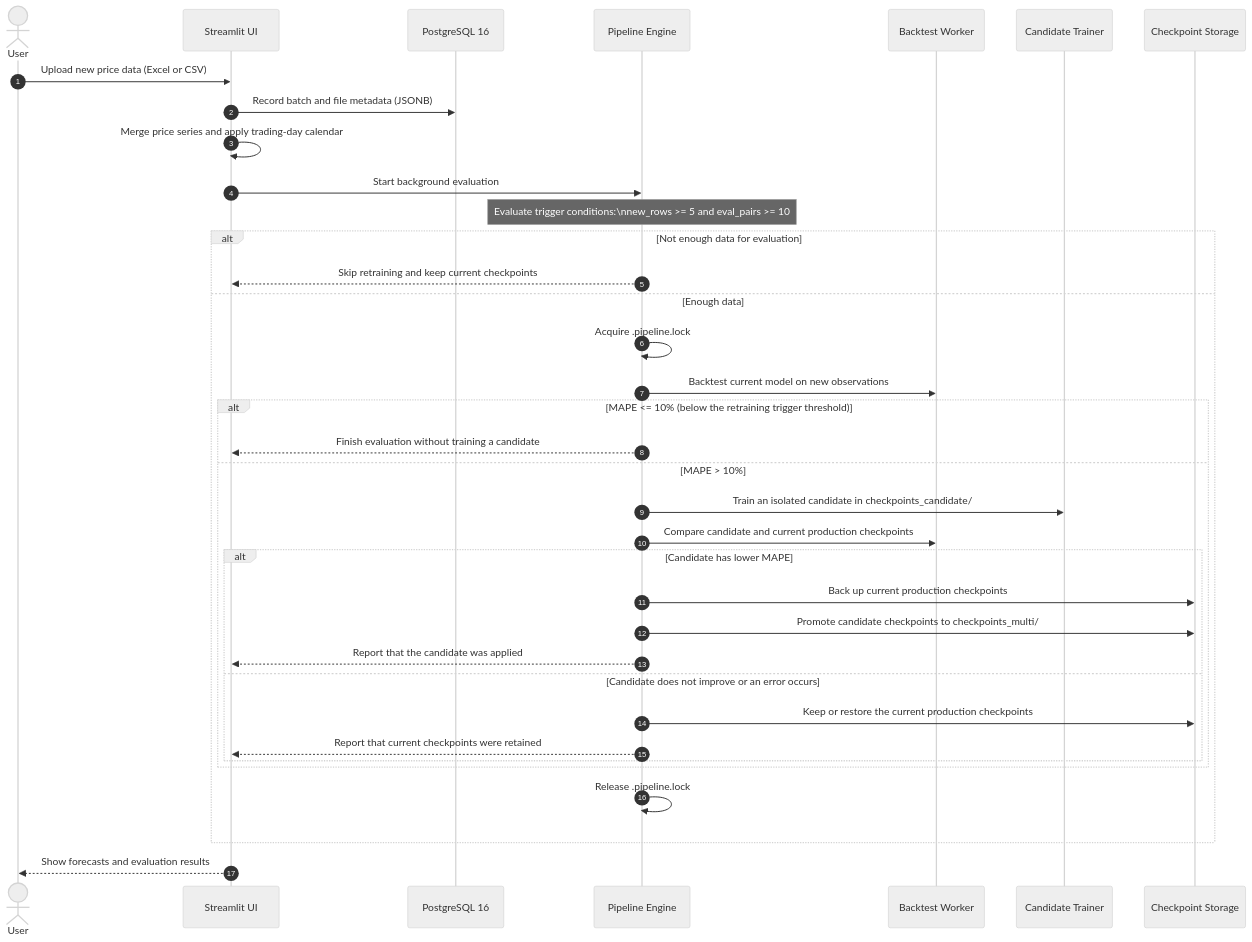
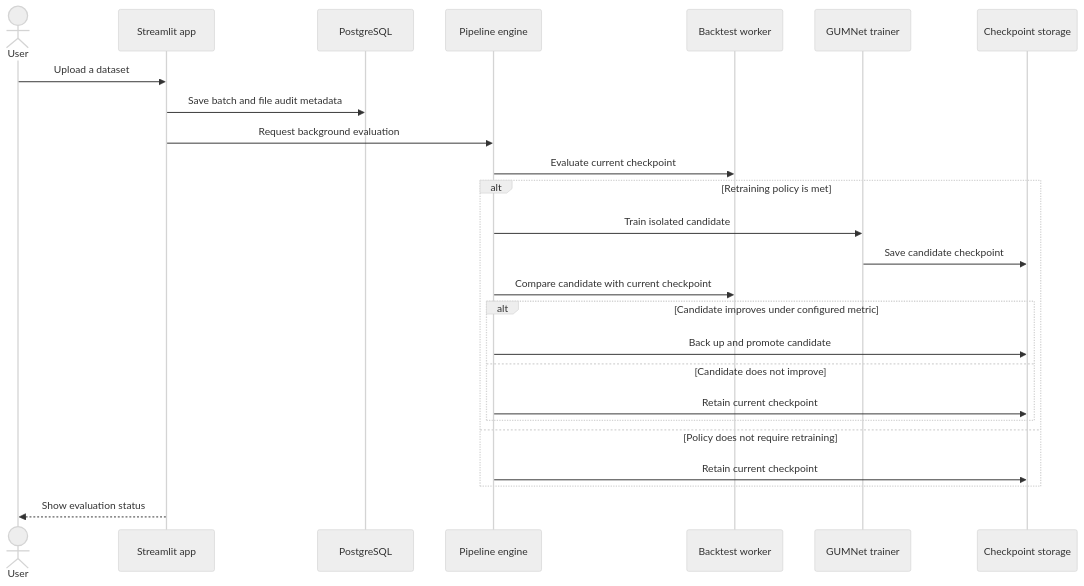
One commit to kennhope13/Hybridtrinet_Oil changed the second of 2 diagrams in README.md. Above: the diagram before and after it, drawn with Mermaid (neutral theme). The commit also changed other lines of this file and 57 other files, not shown here.

````diff
--- a/README.md
+++ b/README.md
@@ -57,40 +106,28 @@
 ```mermaid
 sequenceDiagram
-    autonumber
     actor User
-    participant UI as Streamlit UI
-    participant DB as PostgreSQL 16
-    participant Pipe as Pipeline Engine
-    participant BW as Backtest Worker
-    participant TR as Candidate Trainer
-    participant FS as Checkpoint Storage
+    participant UI as Streamlit app
+    participant DB as PostgreSQL
+    participant Engine as Pipeline engine
+    participant Backtest as Backtest worker
+    participant Train as GUMNet trainer
+    participant Store as Checkpoint storage
 
-    User->>UI: Upload new price data (Excel or CSV)
-    UI->>DB: Record batch and file metadata (JSONB)
-    UI->>UI: Merge price series and apply trading-day calendar
-    UI->>Pipe: Start background evaluation
-    Note over Pipe: Evaluate trigger conditions:\nnew_rows >= 5 and eval_pairs >= 10
-
-    alt Not enough data for evaluation
-        Pipe-->>UI: Skip retraining and keep current checkpoints
-    else Enough data
-        Pipe->>Pipe: Acquire .pipeline.lock
-        Pipe->>BW: Backtest current model on new observations
-        alt MAPE <= 10% (below the retraining trigger threshold)
-            Pipe-->>UI: Finish evaluation without training a candidate
-        else MAPE > 10%
-            Pipe->>TR: Train an isolated candidate in checkpoints_candidate/
-            Pipe->>BW: Compare candidate and current production checkpoints
-            alt Candidate has lower MAPE
-                Pipe->>FS: Back up current production checkpoints
-                Pipe->>FS: Promote candidate checkpoints to checkpoints_multi/
-                Pipe-->>UI: Report that the candidate was applied
-            else Candidate does not improve or an error occurs
-                Pipe->>FS: Keep or restore the current production checkpoints
-                Pipe-->>UI: Report that current checkpoints were retained
-            end
+    User->>UI: Upload a dataset
+    UI->>DB: Save batch and file audit metadata
+    UI->>Engine: Request background evaluation
+    Engine->>Backtest: Evaluate current checkpoint
+    alt Retraining policy is met
+        Engine->>Train: Train isolated candidate
+        Train->>Store: Save candidate checkpoint
+        Engine->>Backtest: Compare candidate with current checkpoint
+        alt Candidate improves under configured metric
+            Engine->>Store: Back up and promote candidate
+        else Candidate does not improve
+            Engine->>Store: Retain current checkpoint
         end
-        Pipe->>Pipe: Release .pipeline.lock
+    else Policy does not require retraining
+        Engine->>Store: Retain current checkpoint
     end
-    UI-->>User: Show forecasts and evaluation results
+    UI-->>User: Show evaluation status
 ```
````
